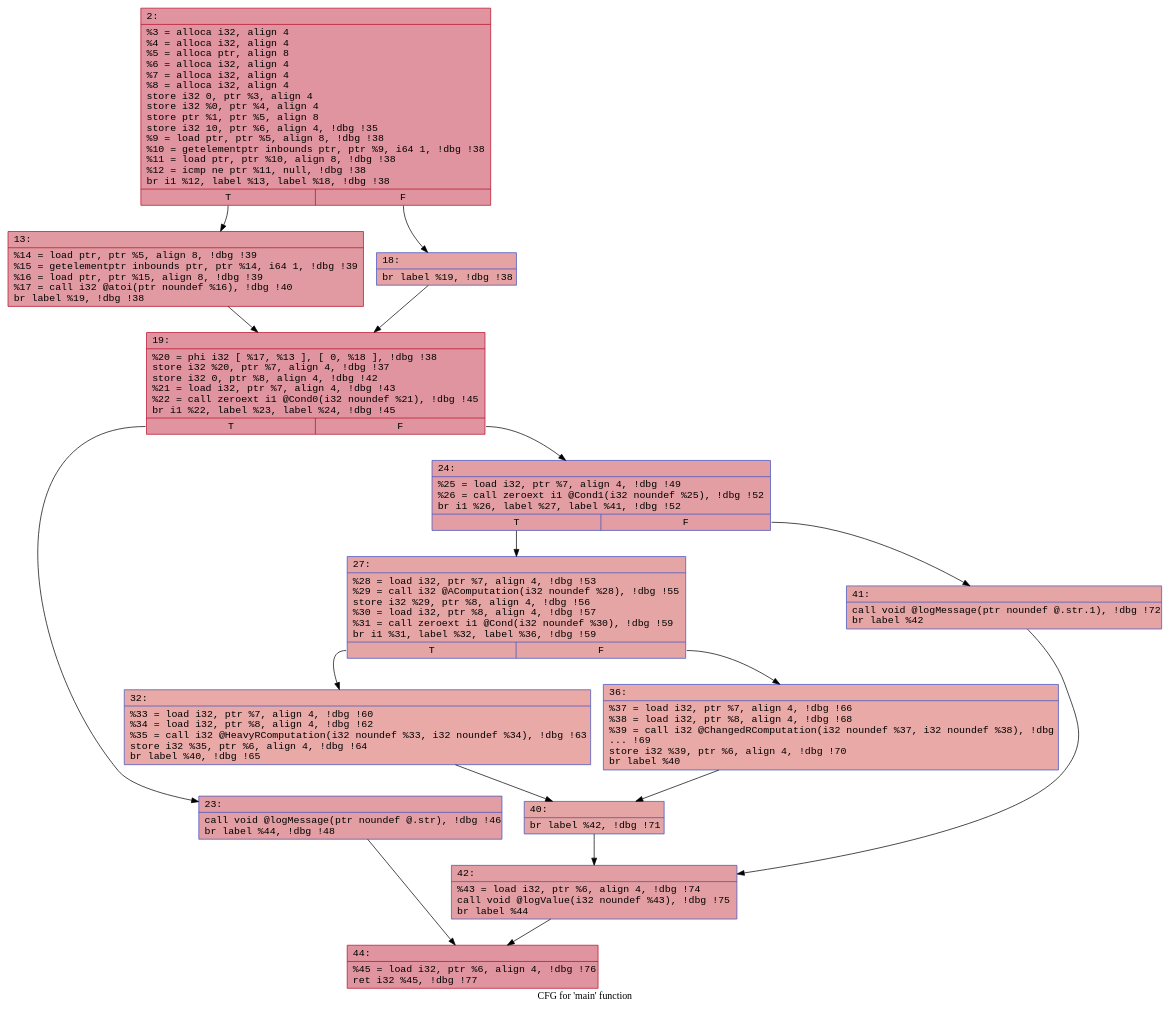
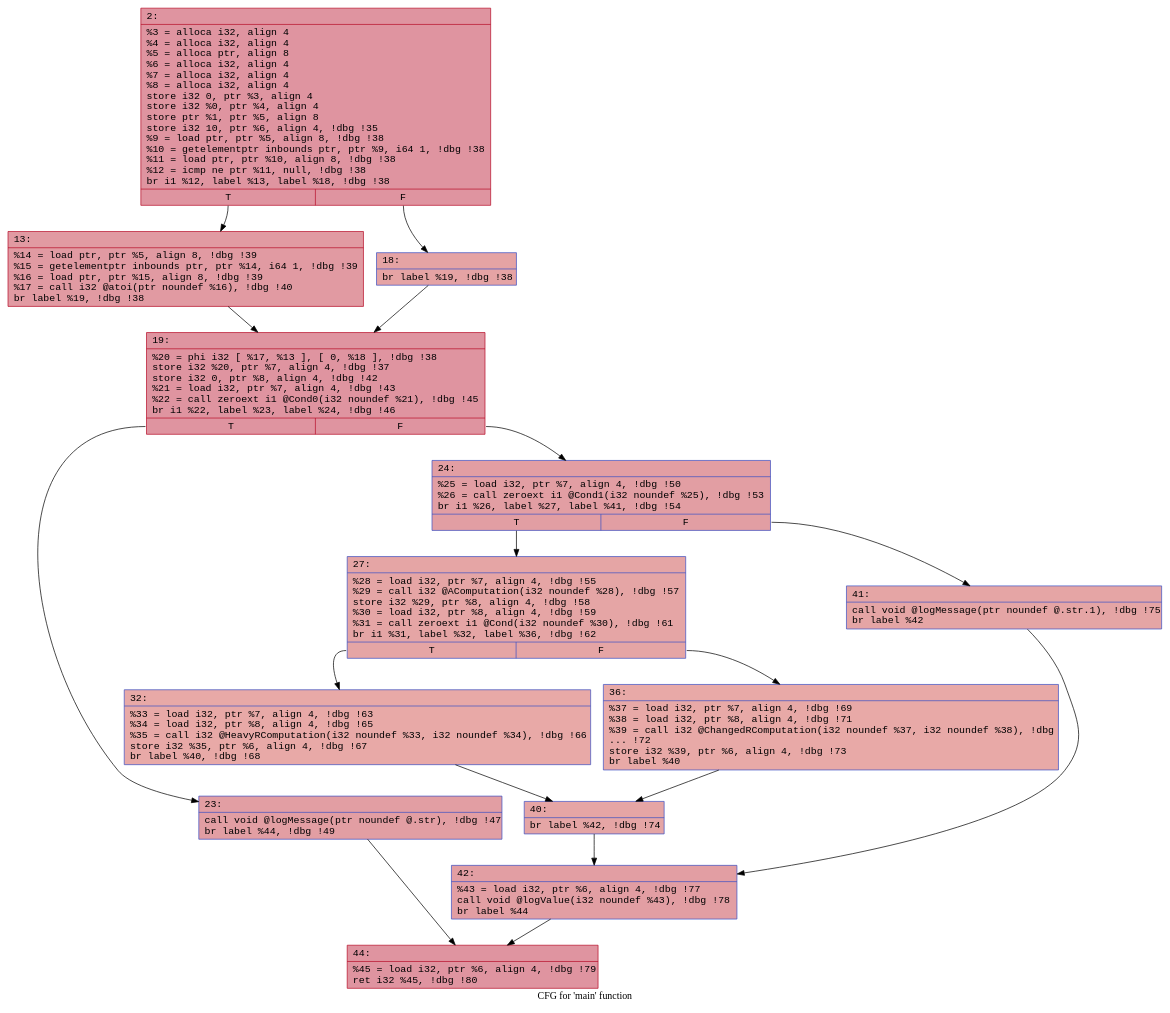
The diagram in llvm/feli/cfgs/mainPUA.dot (FelicitasGarcia/MimicryMonitor), drawn with Graphviz before and after one commit. The commit also changed 32 other files, not shown here.

```diff
--- a/llvm/feli/cfgs/mainPUA.dot
+++ b/llvm/feli/cfgs/mainPUA.dot
@@ -1,33 +1,33 @@
 digraph "CFG for 'main' function" {
 	label="CFG for 'main' function";
 
-	Node0x600003504a00 [shape=record,color="#b70d28ff", style=filled, fillcolor="#b70d2870" fontname="Courier",label="{2:\l|  %3 = alloca i32, align 4\l  %4 = alloca i32, align 4\l  %5 = alloca ptr, align 8\l  %6 = alloca i32, align 4\l  %7 = alloca i32, align 4\l  %8 = alloca i32, align 4\l  store i32 0, ptr %3, align 4\l  store i32 %0, ptr %4, align 4\l  store ptr %1, ptr %5, align 8\l  store i32 10, ptr %6, align 4, !dbg !35\l  %9 = load ptr, ptr %5, align 8, !dbg !38\l  %10 = getelementptr inbounds ptr, ptr %9, i64 1, !dbg !38\l  %11 = load ptr, ptr %10, align 8, !dbg !38\l  %12 = icmp ne ptr %11, null, !dbg !38\l  br i1 %12, label %13, label %18, !dbg !38\l|{<s0>T|<s1>F}}"];
-	Node0x600003504a00:s0 -> Node0x600003504a50;
-	Node0x600003504a00:s1 -> Node0x600003504aa0;
-	Node0x600003504a50 [shape=record,color="#b70d28ff", style=filled, fillcolor="#bb1b2c70" fontname="Courier",label="{13:\l|  %14 = load ptr, ptr %5, align 8, !dbg !39\l  %15 = getelementptr inbounds ptr, ptr %14, i64 1, !dbg !39\l  %16 = load ptr, ptr %15, align 8, !dbg !39\l  %17 = call i32 @atoi(ptr noundef %16), !dbg !40\l  br label %19, !dbg !38\l}"];
-	Node0x600003504a50 -> Node0x600003504b40;
-	Node0x600003504aa0 [shape=record,color="#3d50c3ff", style=filled, fillcolor="#c32e3170" fontname="Courier",label="{18:\l|  br label %19, !dbg !38\l}"];
-	Node0x600003504aa0 -> Node0x600003504b40;
-	Node0x600003504b40 [shape=record,color="#b70d28ff", style=filled, fillcolor="#b70d2870" fontname="Courier",label="{19:\l|  %20 = phi i32 [ %17, %13 ], [ 0, %18 ], !dbg !38\l  store i32 %20, ptr %7, align 4, !dbg !37\l  store i32 0, ptr %8, align 4, !dbg !42\l  %21 = load i32, ptr %7, align 4, !dbg !43\l  %22 = call zeroext i1 @Cond0(i32 noundef %21), !dbg !45\l  br i1 %22, label %23, label %24, !dbg !45\l|{<s0>T|<s1>F}}"];
-	Node0x600003504b40:s0 -> Node0x600003504c30;
-	Node0x600003504b40:s1 -> Node0x600003504c80;
-	Node0x600003504c30 [shape=record,color="#3d50c3ff", style=filled, fillcolor="#be242e70" fontname="Courier",label="{23:\l|  call void @logMessage(ptr noundef @.str), !dbg !46\l  br label %44, !dbg !48\l}"];
-	Node0x600003504c30 -> Node0x600003504d20;
-	Node0x600003504c80 [shape=record,color="#3d50c3ff", style=filled, fillcolor="#be242e70" fontname="Courier",label="{24:\l|  %25 = load i32, ptr %7, align 4, !dbg !49\l  %26 = call zeroext i1 @Cond1(i32 noundef %25), !dbg !52\l  br i1 %26, label %27, label %41, !dbg !52\l|{<s0>T|<s1>F}}"];
-	Node0x600003504c80:s0 -> Node0x600003504dc0;
-	Node0x600003504c80:s1 -> Node0x600003504e10;
-	Node0x600003504dc0 [shape=record,color="#3d50c3ff", style=filled, fillcolor="#c5333470" fontname="Courier",label="{27:\l|  %28 = load i32, ptr %7, align 4, !dbg !53\l  %29 = call i32 @AComputation(i32 noundef %28), !dbg !55\l  store i32 %29, ptr %8, align 4, !dbg !56\l  %30 = load i32, ptr %8, align 4, !dbg !57\l  %31 = call zeroext i1 @Cond(i32 noundef %30), !dbg !59\l  br i1 %31, label %32, label %36, !dbg !59\l|{<s0>T|<s1>F}}"];
-	Node0x600003504dc0:s0 -> Node0x600003504f00;
-	Node0x600003504dc0:s1 -> Node0x600003504f50;
-	Node0x600003504f00 [shape=record,color="#3d50c3ff", style=filled, fillcolor="#ca3b3770" fontname="Courier",label="{32:\l|  %33 = load i32, ptr %7, align 4, !dbg !60\l  %34 = load i32, ptr %8, align 4, !dbg !62\l  %35 = call i32 @HeavyRComputation(i32 noundef %33, i32 noundef %34), !dbg !63\l  store i32 %35, ptr %6, align 4, !dbg !64\l  br label %40, !dbg !65\l}"];
-	Node0x600003504f00 -> Node0x600003504ff0;
-	Node0x600003504f50 [shape=record,color="#3d50c3ff", style=filled, fillcolor="#ca3b3770" fontname="Courier",label="{36:\l|  %37 = load i32, ptr %7, align 4, !dbg !66\l  %38 = load i32, ptr %8, align 4, !dbg !68\l  %39 = call i32 @ChangedRComputation(i32 noundef %37, i32 noundef %38), !dbg\l... !69\l  store i32 %39, ptr %6, align 4, !dbg !70\l  br label %40\l}"];
-	Node0x600003504f50 -> Node0x600003504ff0;
-	Node0x600003504ff0 [shape=record,color="#3d50c3ff", style=filled, fillcolor="#c5333470" fontname="Courier",label="{40:\l|  br label %42, !dbg !71\l}"];
-	Node0x600003504ff0 -> Node0x600003505090;
-	Node0x600003504e10 [shape=record,color="#3d50c3ff", style=filled, fillcolor="#c5333470" fontname="Courier",label="{41:\l|  call void @logMessage(ptr noundef @.str.1), !dbg !72\l  br label %42\l}"];
-	Node0x600003504e10 -> Node0x600003505090;
-	Node0x600003505090 [shape=record,color="#3d50c3ff", style=filled, fillcolor="#be242e70" fontname="Courier",label="{42:\l|  %43 = load i32, ptr %6, align 4, !dbg !74\l  call void @logValue(i32 noundef %43), !dbg !75\l  br label %44\l}"];
-	Node0x600003505090 -> Node0x600003504d20;
-	Node0x600003504d20 [shape=record,color="#b70d28ff", style=filled, fillcolor="#b70d2870" fontname="Courier",label="{44:\l|  %45 = load i32, ptr %6, align 4, !dbg !76\l  ret i32 %45, !dbg !77\l}"];
+	Node0x600001dfc9b0 [shape=record,color="#b70d28ff", style=filled, fillcolor="#b70d2870" fontname="Courier",label="{2:\l|  %3 = alloca i32, align 4\l  %4 = alloca i32, align 4\l  %5 = alloca ptr, align 8\l  %6 = alloca i32, align 4\l  %7 = alloca i32, align 4\l  %8 = alloca i32, align 4\l  store i32 0, ptr %3, align 4\l  store i32 %0, ptr %4, align 4\l  store ptr %1, ptr %5, align 8\l  store i32 10, ptr %6, align 4, !dbg !35\l  %9 = load ptr, ptr %5, align 8, !dbg !38\l  %10 = getelementptr inbounds ptr, ptr %9, i64 1, !dbg !38\l  %11 = load ptr, ptr %10, align 8, !dbg !38\l  %12 = icmp ne ptr %11, null, !dbg !38\l  br i1 %12, label %13, label %18, !dbg !38\l|{<s0>T|<s1>F}}"];
+	Node0x600001dfc9b0:s0 -> Node0x600001dfca50;
+	Node0x600001dfc9b0:s1 -> Node0x600001dfcaa0;
+	Node0x600001dfca50 [shape=record,color="#b70d28ff", style=filled, fillcolor="#bb1b2c70" fontname="Courier",label="{13:\l|  %14 = load ptr, ptr %5, align 8, !dbg !39\l  %15 = getelementptr inbounds ptr, ptr %14, i64 1, !dbg !39\l  %16 = load ptr, ptr %15, align 8, !dbg !39\l  %17 = call i32 @atoi(ptr noundef %16), !dbg !40\l  br label %19, !dbg !38\l}"];
+	Node0x600001dfca50 -> Node0x600001dfcb40;
+	Node0x600001dfcaa0 [shape=record,color="#3d50c3ff", style=filled, fillcolor="#c32e3170" fontname="Courier",label="{18:\l|  br label %19, !dbg !38\l}"];
+	Node0x600001dfcaa0 -> Node0x600001dfcb40;
+	Node0x600001dfcb40 [shape=record,color="#b70d28ff", style=filled, fillcolor="#b70d2870" fontname="Courier",label="{19:\l|  %20 = phi i32 [ %17, %13 ], [ 0, %18 ], !dbg !38\l  store i32 %20, ptr %7, align 4, !dbg !37\l  store i32 0, ptr %8, align 4, !dbg !42\l  %21 = load i32, ptr %7, align 4, !dbg !43\l  %22 = call zeroext i1 @Cond0(i32 noundef %21), !dbg !45\l  br i1 %22, label %23, label %24, !dbg !46\l|{<s0>T|<s1>F}}"];
+	Node0x600001dfcb40:s0 -> Node0x600001dfcc30;
+	Node0x600001dfcb40:s1 -> Node0x600001dfcc80;
+	Node0x600001dfcc30 [shape=record,color="#3d50c3ff", style=filled, fillcolor="#be242e70" fontname="Courier",label="{23:\l|  call void @logMessage(ptr noundef @.str), !dbg !47\l  br label %44, !dbg !49\l}"];
+	Node0x600001dfcc30 -> Node0x600001dfcd20;
+	Node0x600001dfcc80 [shape=record,color="#3d50c3ff", style=filled, fillcolor="#be242e70" fontname="Courier",label="{24:\l|  %25 = load i32, ptr %7, align 4, !dbg !50\l  %26 = call zeroext i1 @Cond1(i32 noundef %25), !dbg !53\l  br i1 %26, label %27, label %41, !dbg !54\l|{<s0>T|<s1>F}}"];
+	Node0x600001dfcc80:s0 -> Node0x600001dfcdc0;
+	Node0x600001dfcc80:s1 -> Node0x600001dfce10;
+	Node0x600001dfcdc0 [shape=record,color="#3d50c3ff", style=filled, fillcolor="#c5333470" fontname="Courier",label="{27:\l|  %28 = load i32, ptr %7, align 4, !dbg !55\l  %29 = call i32 @AComputation(i32 noundef %28), !dbg !57\l  store i32 %29, ptr %8, align 4, !dbg !58\l  %30 = load i32, ptr %8, align 4, !dbg !59\l  %31 = call zeroext i1 @Cond(i32 noundef %30), !dbg !61\l  br i1 %31, label %32, label %36, !dbg !62\l|{<s0>T|<s1>F}}"];
+	Node0x600001dfcdc0:s0 -> Node0x600001dfcf00;
+	Node0x600001dfcdc0:s1 -> Node0x600001dfcf50;
+	Node0x600001dfcf00 [shape=record,color="#3d50c3ff", style=filled, fillcolor="#ca3b3770" fontname="Courier",label="{32:\l|  %33 = load i32, ptr %7, align 4, !dbg !63\l  %34 = load i32, ptr %8, align 4, !dbg !65\l  %35 = call i32 @HeavyRComputation(i32 noundef %33, i32 noundef %34), !dbg !66\l  store i32 %35, ptr %6, align 4, !dbg !67\l  br label %40, !dbg !68\l}"];
+	Node0x600001dfcf00 -> Node0x600001dfcff0;
+	Node0x600001dfcf50 [shape=record,color="#3d50c3ff", style=filled, fillcolor="#ca3b3770" fontname="Courier",label="{36:\l|  %37 = load i32, ptr %7, align 4, !dbg !69\l  %38 = load i32, ptr %8, align 4, !dbg !71\l  %39 = call i32 @ChangedRComputation(i32 noundef %37, i32 noundef %38), !dbg\l... !72\l  store i32 %39, ptr %6, align 4, !dbg !73\l  br label %40\l}"];
+	Node0x600001dfcf50 -> Node0x600001dfcff0;
+	Node0x600001dfcff0 [shape=record,color="#3d50c3ff", style=filled, fillcolor="#c5333470" fontname="Courier",label="{40:\l|  br label %42, !dbg !74\l}"];
+	Node0x600001dfcff0 -> Node0x600001dfd090;
+	Node0x600001dfce10 [shape=record,color="#3d50c3ff", style=filled, fillcolor="#c5333470" fontname="Courier",label="{41:\l|  call void @logMessage(ptr noundef @.str.1), !dbg !75\l  br label %42\l}"];
+	Node0x600001dfce10 -> Node0x600001dfd090;
+	Node0x600001dfd090 [shape=record,color="#3d50c3ff", style=filled, fillcolor="#be242e70" fontname="Courier",label="{42:\l|  %43 = load i32, ptr %6, align 4, !dbg !77\l  call void @logValue(i32 noundef %43), !dbg !78\l  br label %44\l}"];
+	Node0x600001dfd090 -> Node0x600001dfcd20;
+	Node0x600001dfcd20 [shape=record,color="#b70d28ff", style=filled, fillcolor="#b70d2870" fontname="Courier",label="{44:\l|  %45 = load i32, ptr %6, align 4, !dbg !79\l  ret i32 %45, !dbg !80\l}"];
 }
```
